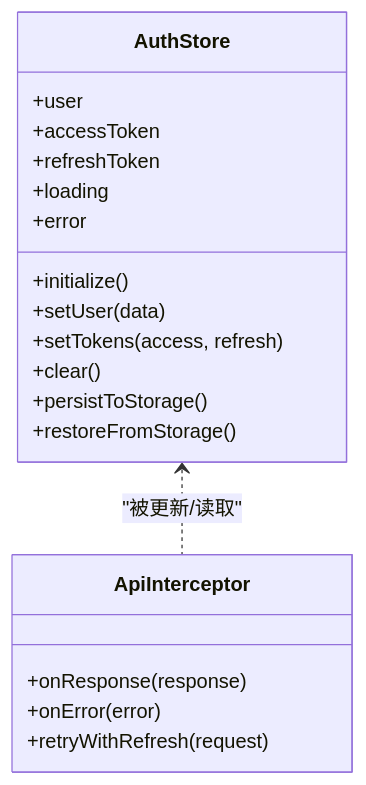
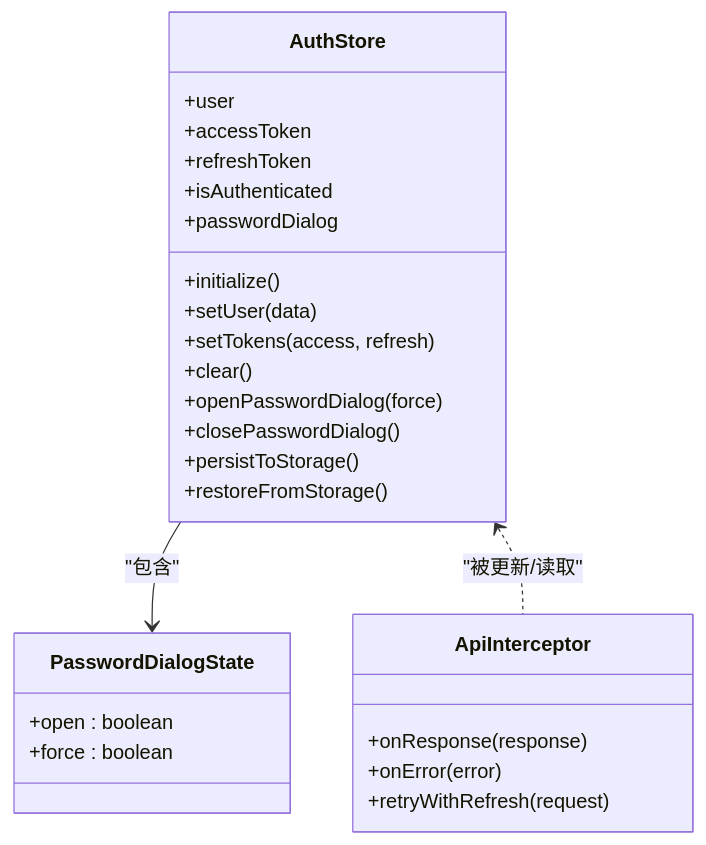
The fourth of 10 diagrams in .qoder/repowiki/zh/content/核心模块/用户认证系统.md (Damao997/newproject), drawn with Mermaid before and after one commit. The commit also changed other lines of this file and 24 other files, not shown here.

````diff
--- a/.qoder/repowiki/zh/content/核心模块/用户认证系统.md
+++ b/.qoder/repowiki/zh/content/核心模块/用户认证系统.md
@@ -255,22 +307,29 @@
 ```mermaid
 classDiagram
 class AuthStore {
 +user
 +accessToken
 +refreshToken
-+loading
-+error
++isAuthenticated
++passwordDialog
 +initialize()
 +setUser(data)
 +setTokens(access, refresh)
 +clear()
++openPasswordDialog(force)
++closePasswordDialog()
 +persistToStorage()
 +restoreFromStorage()
+}
+class PasswordDialogState {
++open : boolean
++force : boolean
 }
 class ApiInterceptor {
 +onResponse(response)
 +onError(error)
 +retryWithRefresh(request)
 }
+AuthStore --> PasswordDialogState : "包含"
 AuthStore <.. ApiInterceptor : "被更新/读取"
 ```
````
